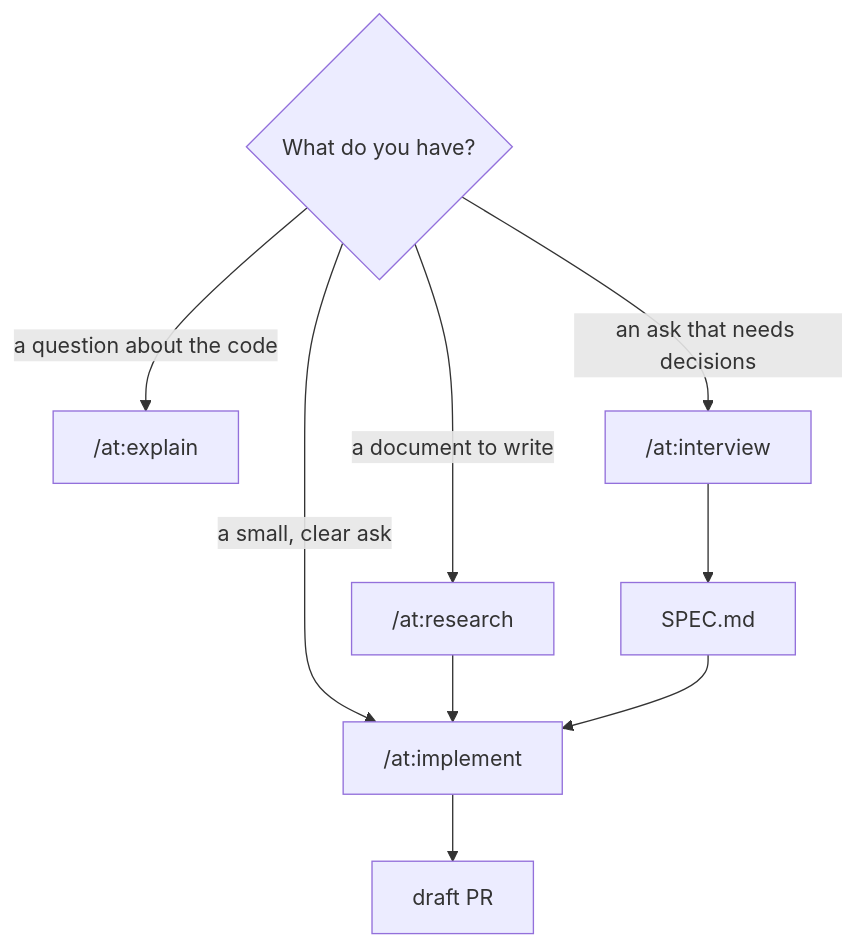
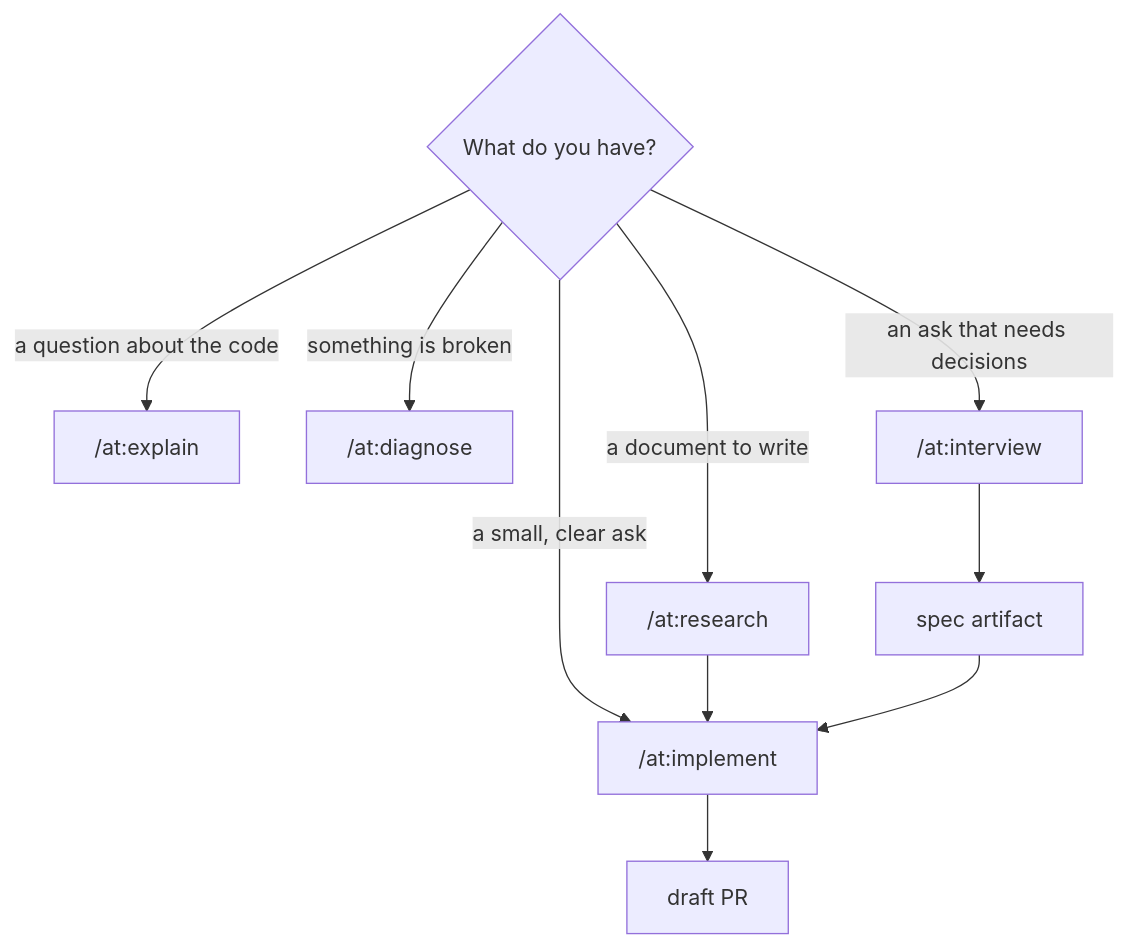
Before and after one commit to andytavares/claude: the diagram in README.md, drawn with Mermaid. The commit also changed other lines of this file and 13 other files, not shown here.

Commit message:
feat: add diagnose, retro and glossary; interview rounds, review spec pass, two-paragraph PR format

````diff
--- a/README.md
+++ b/README.md
@@ -33,9 +33,10 @@
 ```mermaid
 flowchart TD
   Q{"What do you have?"}
   Q -->|"a question about the code"| EX["/at:explain"]
+  Q -->|"something is broken"| DG["/at:diagnose"]
   Q -->|"a small, clear ask"| IM["/at:implement"]
   Q -->|"a document to write"| RS["/at:research"] --> IM
-  Q -->|"an ask that needs decisions"| IV["/at:interview"] --> SP["SPEC.md"] --> IM
+  Q -->|"an ask that needs decisions"| IV["/at:interview"] --> SP["spec artifact"] --> IM
   IM --> PR["draft PR"]
 ```
````
